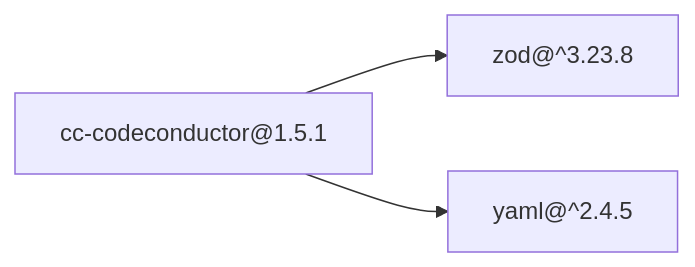
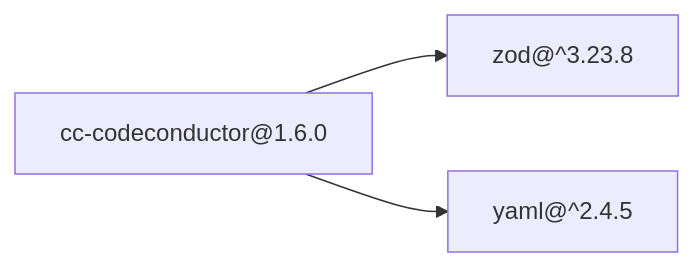
The diagram in README.md (lgzarturo/codeconductor), drawn with Mermaid before and after one commit. The commit also changed other lines of this file and 6 other files, not shown here.

````diff
--- a/README.md
+++ b/README.md
@@ -333,8 +333,8 @@
 ```mermaid
 graph LR
-  cc["cc-codeconductor@1.5.1"]
+  cc["cc-codeconductor@1.6.0"]
   zod["zod@^3.23.8"]
   yaml["yaml@^2.4.5"]
   cc --> zod
   cc --> yaml
 ```
````
